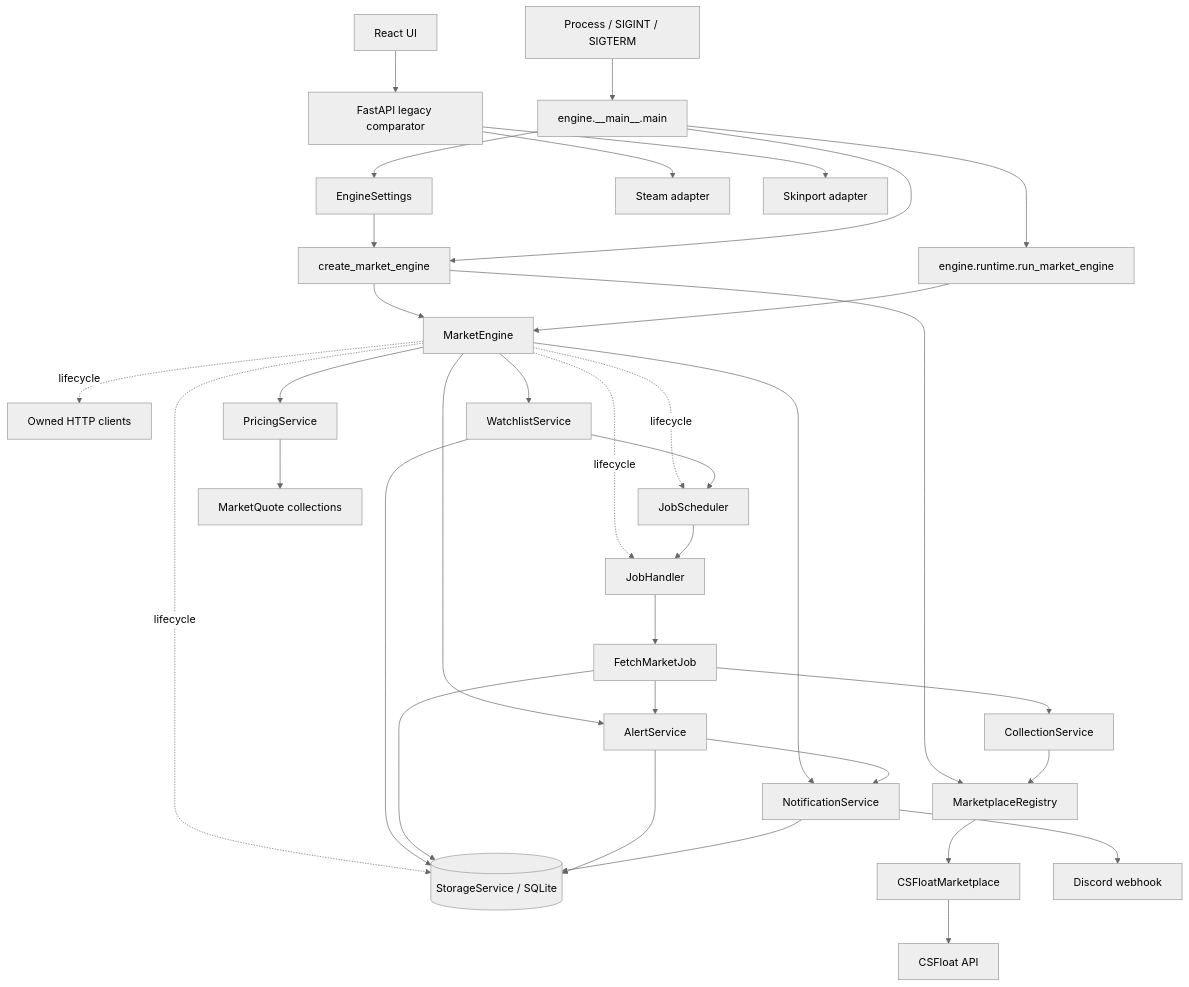
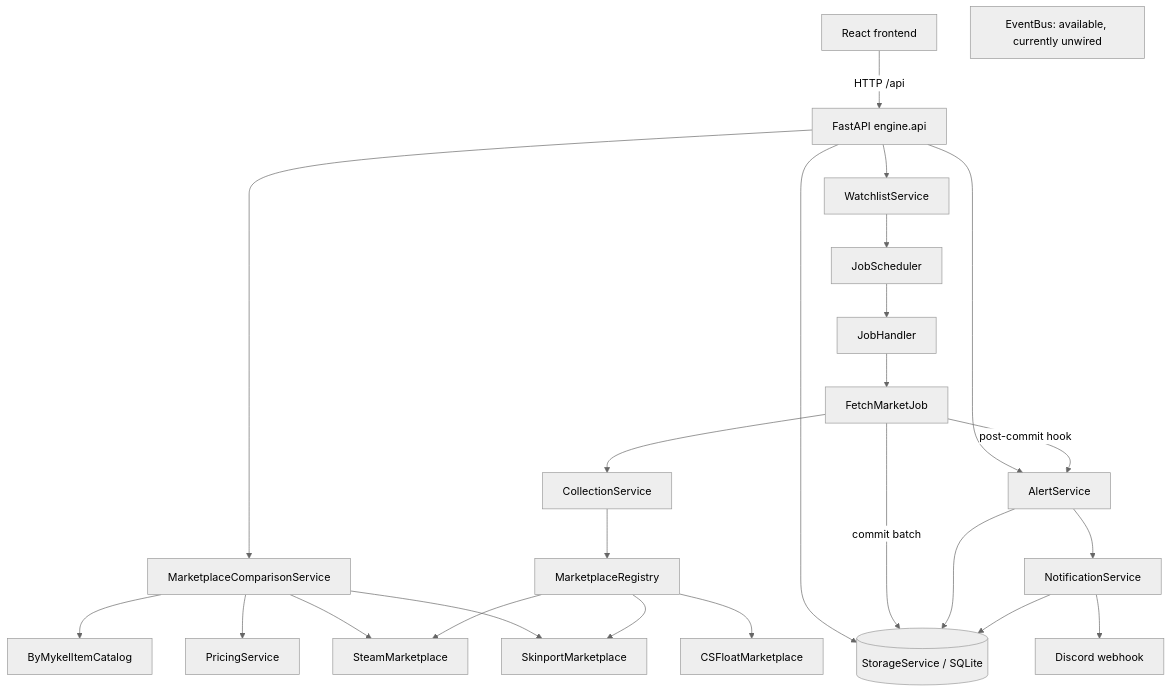
One commit to maciejL03/price-oracle changed the first of 5 diagrams in README.md. Above: the diagram before and after it, drawn with Mermaid (neutral theme). The commit also changed other lines of this file and 25 other files, not shown here.

````diff
--- a/README.md
+++ b/README.md
@@ -71,40 +31,30 @@
 ```mermaid
 flowchart TD
-    OS[Process / SIGINT / SIGTERM] --> Main[engine.__main__.main]
-    Settings[EngineSettings] --> Bootstrap[create_market_engine]
-    Main --> Settings
-    Main --> Bootstrap
-    Main --> Runtime[engine.runtime.run_market_engine]
-    Bootstrap --> Engine[MarketEngine]
-    Runtime --> Engine
+    Browser[React frontend] -->|HTTP /api| API[FastAPI engine.api]
+    API --> Comparison[MarketplaceComparisonService]
+    API --> Watchlists[WatchlistService]
+    API --> Alerts[AlertService]
+    API --> Storage[(StorageService / SQLite)]
 
-    Engine -. lifecycle .-> Storage[(StorageService / SQLite)]
-    Engine -. lifecycle .-> Handler[JobHandler]
-    Engine -. lifecycle .-> Scheduler[JobScheduler]
-    Engine -. lifecycle .-> Resources[Owned HTTP clients]
-    Engine --> Watchlists[WatchlistService]
-    Engine --> Pricing[PricingService]
-    Engine --> Alerts[AlertService]
-    Engine --> Notifications[NotificationService]
+    Comparison --> Catalog[ByMykelItemCatalog]
+    Comparison --> Pricing[PricingService]
+    Comparison --> Steam[SteamMarketplace]
+    Comparison --> Skinport[SkinportMarketplace]
 
-    Bootstrap --> Registry[MarketplaceRegistry]
-    Registry --> CSFloat[CSFloatMarketplace]
-    Watchlists --> Storage
-    Watchlists --> Scheduler
-    Scheduler --> Handler
+    Watchlists --> Scheduler[JobScheduler]
+    Scheduler --> Handler[JobHandler]
     Handler --> Fetch[FetchMarketJob]
     Fetch --> Collection[CollectionService]
-    Collection --> Registry
-    CSFloat --> CSFloatAPI[CSFloat API]
-    Fetch --> Storage
-    Fetch --> Alerts
+    Collection --> Registry[MarketplaceRegistry]
+    Registry --> CSFloat[CSFloatMarketplace]
+    Registry --> Steam
+    Registry --> Skinport
+    Fetch -->|commit batch| Storage
+    Fetch -->|post-commit hook| Alerts
     Alerts --> Storage
-    Alerts --> Notifications
+    Alerts --> Notifications[NotificationService]
     Notifications --> Storage
     Notifications --> Discord[Discord webhook]
-    Pricing --> Quotes[MarketQuote collections]
 
-    LegacyAPI[FastAPI legacy comparator] --> Steam[Steam adapter]
-    LegacyAPI --> Skinport[Skinport adapter]
-    LegacyUI[React UI] --> LegacyAPI
+    EventBus[EventBus: available, currently unwired]
 ```
````
